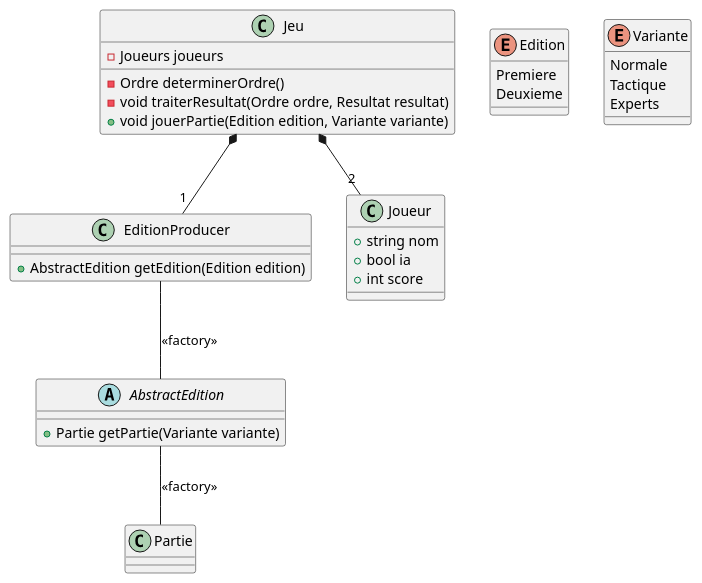
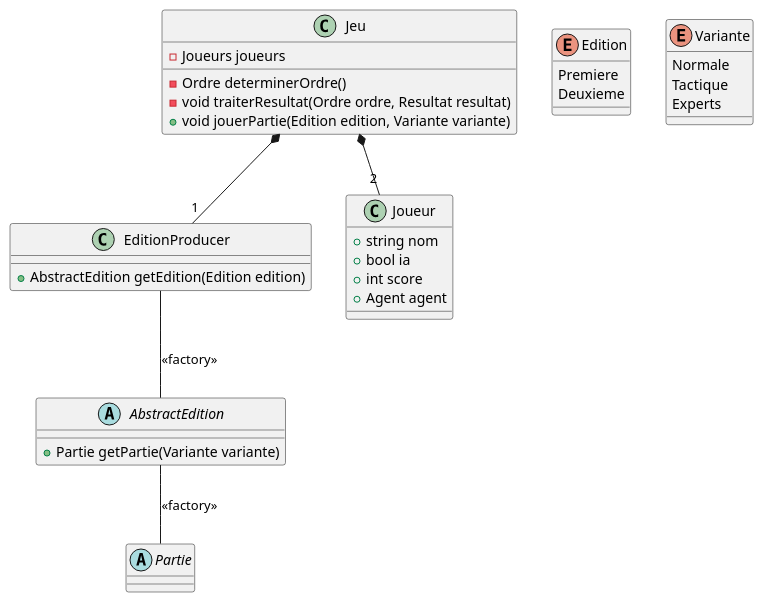
Before and after one commit to Ocean2356/SchottenTotten_OOP-Cpp: the diagram in plantuml/SchottenTotten.plantuml, drawn with PlantUML. The commit also changed 4 other files, not shown here.

```diff
--- a/plantuml/SchottenTotten.plantuml
+++ b/plantuml/SchottenTotten.plantuml
@@ -1,48 +1,51 @@
 @startuml SchottenTotten
 class Jeu {
   - Joueurs joueurs
   - Ordre determinerOrdre()
   - void traiterResultat(Ordre ordre, Resultat resultat)
   + void jouerPartie(Edition edition, Variante variante)
 }
 
 class EditionProducer {
   + AbstractEdition getEdition(Edition edition)
 }
 
 abstract AbstractEdition {
   + Partie getPartie(Variante variante)
 }
 
 enum Edition {
   Premiere
   Deuxieme
 }
 
 enum Variante {
   Normale 
   Tactique
   Experts
 }
 
 ' class PremiereFactory {
 ' }
 
 ' class DeuxiemeFactory {
 ' }
 
 class Joueur {
   + string nom
   + bool ia
   + int score
+  + Agent agent
 }
 
 ' PremiereFactory --|> AbstractEdition
 ' DeuxiemeFactory --|> AbstractEdition
 Jeu *--"2" Joueur
 Jeu *--"1" EditionProducer
 ' Jeu *--"n" Partie
 
+abstract Partie
+
 EditionProducer -- AbstractEdition : <<factory>>
 AbstractEdition -- Partie : <<factory>>
 @enduml
```
